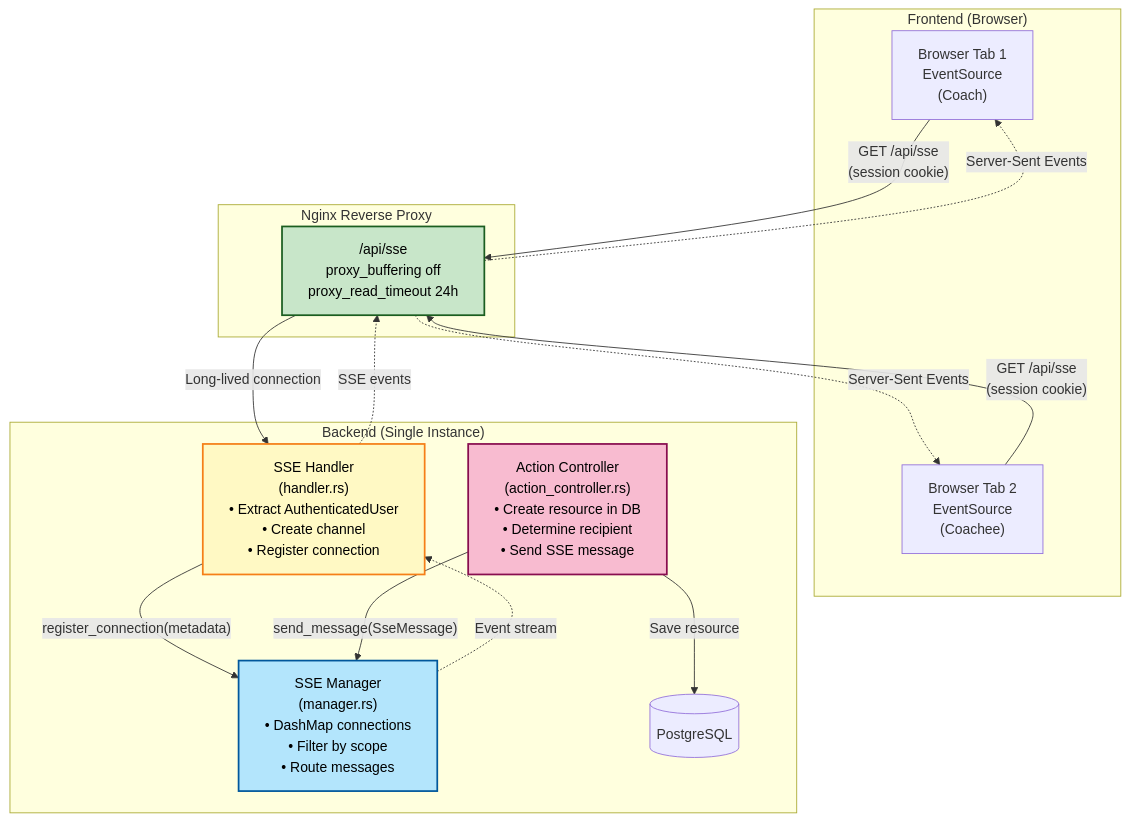
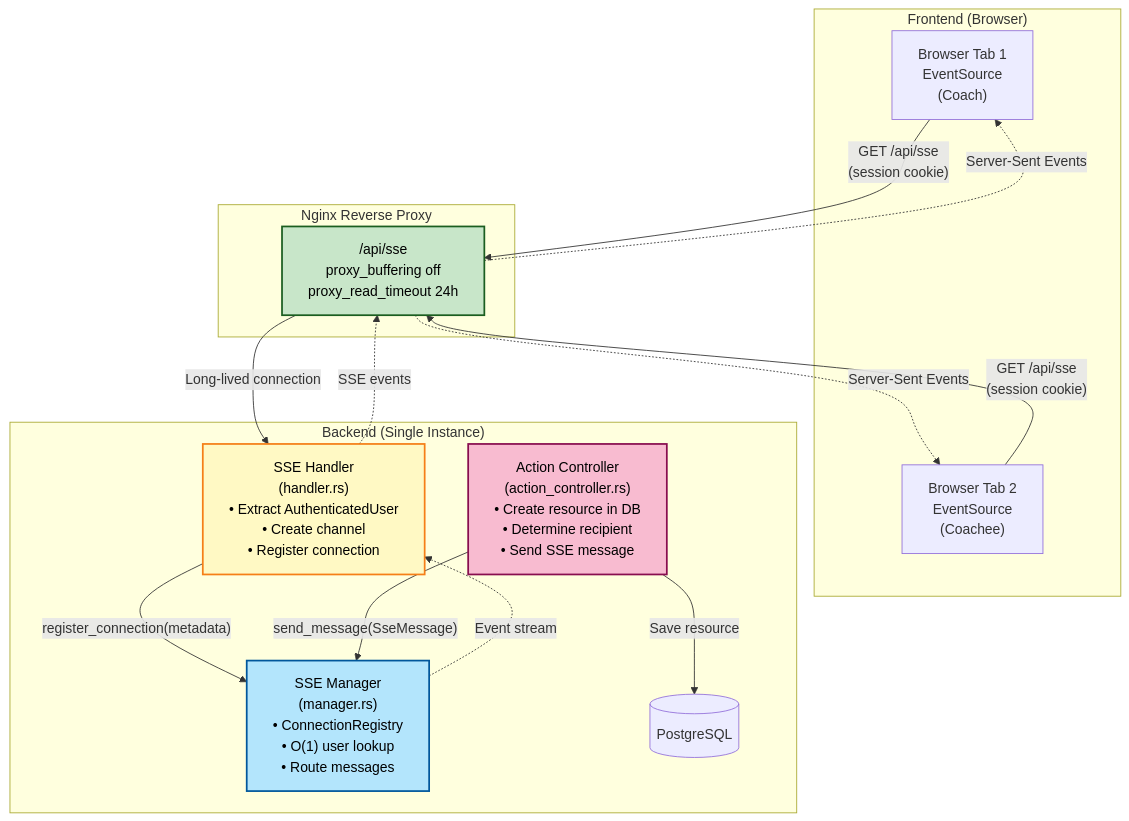
The first of 5 diagrams in docs/implementation-plans/sse-communication.md (refactor-group/refactor-platform-rs), drawn with Mermaid before and after one commit. The commit also changed other lines of this file, not shown here.

First line of the commit message:
update sse plan

````diff
--- a/docs/implementation-plans/sse-communication.md
+++ b/docs/implementation-plans/sse-communication.md
@@ -34,41 +34,41 @@
 ```mermaid
 graph TB
     subgraph Frontend["Frontend (Browser)"]
         Tab1["Browser Tab 1<br/>EventSource<br/>(Coach)"]
         Tab2["Browser Tab 2<br/>EventSource<br/>(Coachee)"]
     end
 
     subgraph Nginx["Nginx Reverse Proxy"]
         SSERoute["/api/sse<br/>proxy_buffering off<br/>proxy_read_timeout 24h"]
     end
 
     subgraph Backend["Backend (Single Instance)"]
         Handler["SSE Handler<br/>(handler.rs)<br/>• Extract AuthenticatedUser<br/>• Create channel<br/>• Register connection"]
 
-        Manager["SSE Manager<br/>(manager.rs)<br/>• DashMap connections<br/>• Filter by scope<br/>• Route messages"]
+        Manager["SSE Manager<br/>(manager.rs)<br/>• ConnectionRegistry<br/>• O(1) user lookup<br/>• Route messages"]
 
         Controller["Action Controller<br/>(action_controller.rs)<br/>• Create resource in DB<br/>• Determine recipient<br/>• Send SSE message"]
 
         DB[(PostgreSQL)]
     end
 
     Tab1 -->|"GET /api/sse<br/>(session cookie)"| SSERoute
     Tab2 -->|"GET /api/sse<br/>(session cookie)"| SSERoute
 
     SSERoute -->|"Long-lived connection"| Handler
 
     Handler -->|"register_connection(metadata)"| Manager
 
     Controller -->|"send_message(SseMessage)"| Manager
     Controller -->|"Save resource"| DB
 
     Manager -.->|"Event stream"| Handler
     Handler -.->|"SSE events"| SSERoute
     SSERoute -.->|"Server-Sent Events"| Tab1
     SSERoute -.->|"Server-Sent Events"| Tab2
 
     style Manager fill:#b3e5fc,stroke:#01579b,stroke-width:2px,color:#000
     style Handler fill:#fff9c4,stroke:#f57f17,stroke-width:2px,color:#000
     style Controller fill:#f8bbd0,stroke:#880e4f,stroke-width:2px,color:#000
     style SSERoute fill:#c8e6c9,stroke:#1b5e20,stroke-width:2px,color:#000
 ```
````
